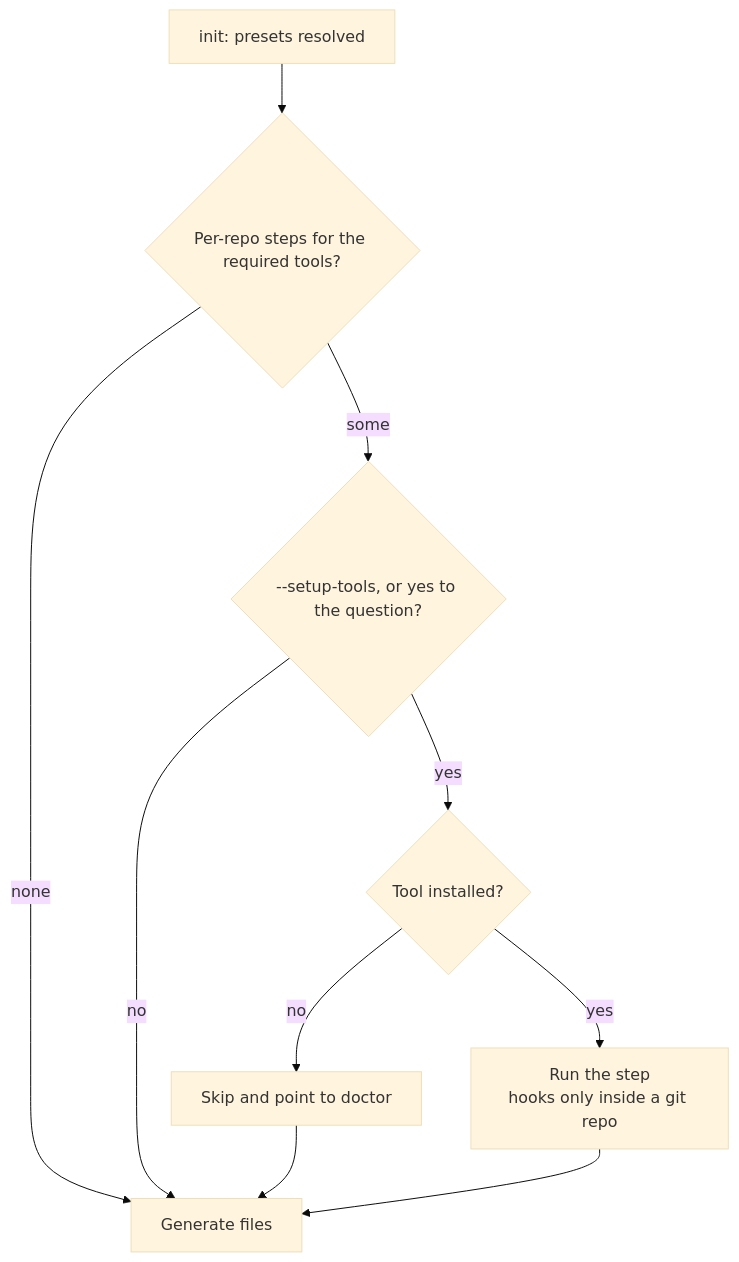
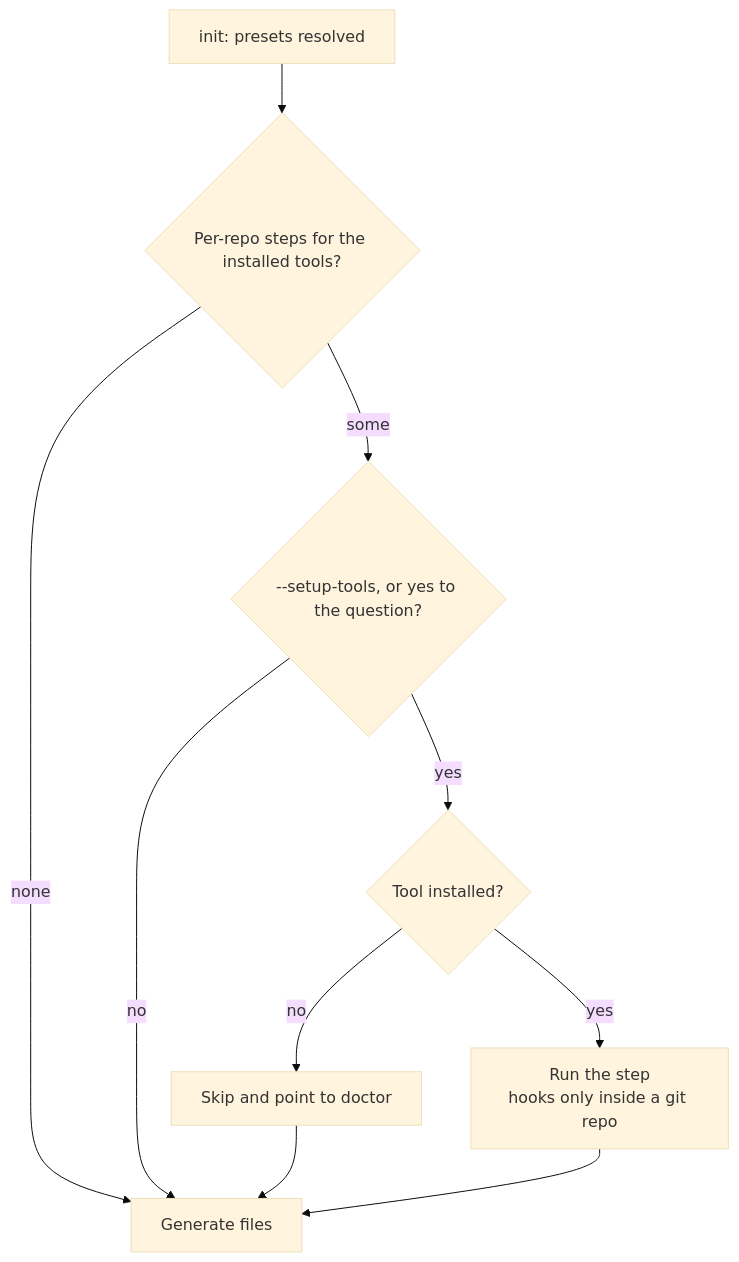
Before and after one commit to RedLucky/agent-initiator: the diagram in docs/wiki/en/features/tool-setup.md, drawn with Mermaid (base theme). The commit also changed other lines of this file and 50 other files, not shown here.

````diff
--- a/docs/wiki/en/features/tool-setup.md
+++ b/docs/wiki/en/features/tool-setup.md
@@ -17,12 +19,12 @@
 ```mermaid
 flowchart TD
-    A[init: presets resolved] --> B{Per-repo steps for the required tools?}
+    A[init: presets resolved] --> B{Per-repo steps for the installed tools?}
     B -- none --> G[Generate files]
     B -- some --> C{--setup-tools, or yes to the question?}
     C -- no --> G
     C -- yes --> D{Tool installed?}
     D -- no --> E[Skip and point to doctor]
     D -- yes --> F[Run the step<br/>hooks only inside a git repo]
     E --> G
     F --> G
 ```
````
